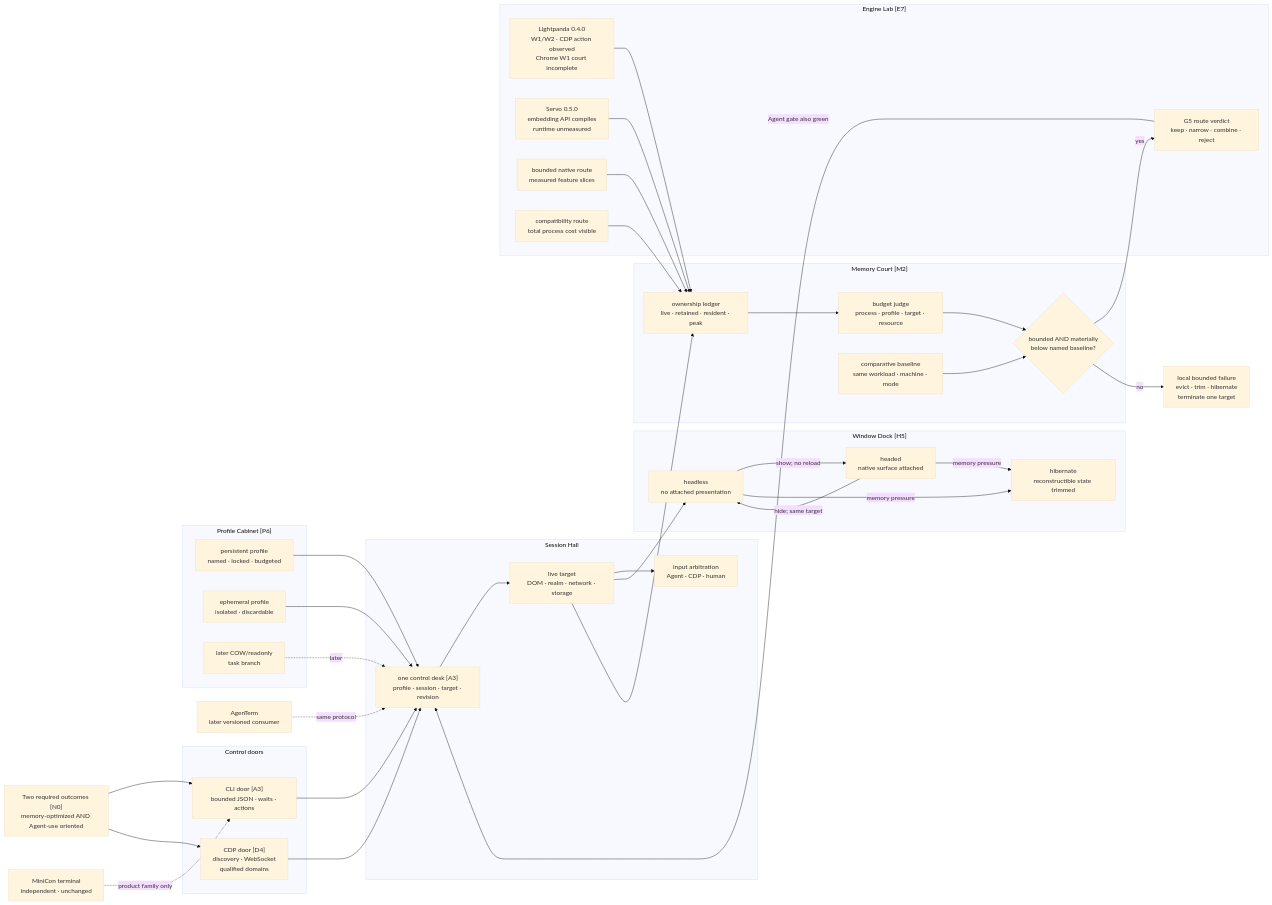
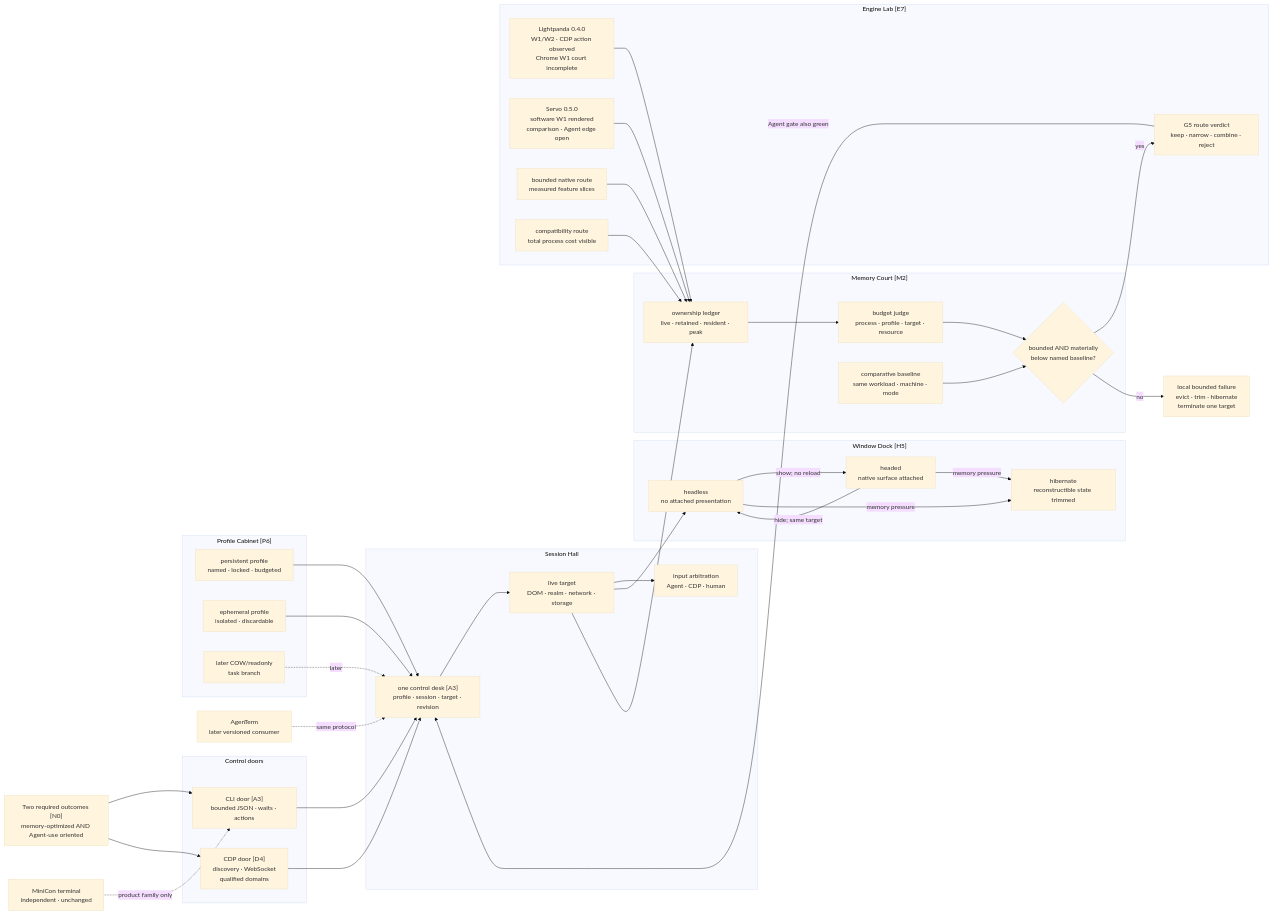
The diagram in plan/plan-0.0.x.md (partnernetsoftware/minicon-surf), drawn with Mermaid (base theme) before and after one commit. The commit also changed other lines of this file and 7 other files, not shown here.

Commit message:
Run Servo software-rendered W1 court

````diff
--- a/plan/plan-0.0.x.md
+++ b/plan/plan-0.0.x.md
@@ -151,64 +151,64 @@
 ```mermaid
 flowchart LR
     U["Two required outcomes [N0]<br/>memory-optimized AND Agent-use oriented"]
 
     subgraph ENTRY["Control doors"]
         CLI["CLI door [A3]<br/>bounded JSON · waits · actions"]
         CDP["CDP door [D4]<br/>discovery · WebSocket<br/>qualified domains"]
     end
 
     subgraph ID["Profile Cabinet [P6]"]
         PP["persistent profile<br/>named · locked · budgeted"]
         EP["ephemeral profile<br/>isolated · discardable"]
         CP["later COW/readonly<br/>task branch"]
     end
 
     subgraph LIVE["Session Hall"]
         CTRL["one control desk [A3]<br/>profile · session · target · revision"]
         PAGE["live target<br/>DOM · realm · network · storage"]
         ARB["input arbitration<br/>Agent · CDP · human"]
     end
 
     subgraph SURF["Window Dock [H5]"]
         OFF["headless<br/>no attached presentation"]
         ON["headed<br/>native surface attached"]
         HIB["hibernate<br/>reconstructible state trimmed"]
     end
 
     subgraph MEM["Memory Court [M2]"]
         BOOK["ownership ledger<br/>live · retained · resident · peak"]
         LIMIT["budget judge<br/>process · profile · target · resource"]
         BASE["comparative baseline<br/>same workload · machine · mode"]
         PRESS{"bounded AND materially<br/>below named baseline?"}
     end
 
     subgraph LAB["Engine Lab [E7]"]
         LP["Lightpanda 0.4.0<br/>W1/W2 · CDP action observed<br/>Chrome W1 court incomplete"]
-        SERVO["Servo 0.5.0<br/>embedding API compiles<br/>runtime unmeasured"]
+        SERVO["Servo 0.5.0<br/>software W1 rendered<br/>comparison · Agent edge open"]
         NATIVE["bounded native route<br/>measured feature slices"]
         COMPAT["compatibility route<br/>total process cost visible"]
         DECIDE["G5 route verdict<br/>keep · narrow · combine · reject"]
     end
 
     AT["AgenTerm<br/>later versioned consumer"]
     MINI["MiniCon terminal<br/>independent · unchanged"]
     FAIL["local bounded failure<br/>evict · trim · hibernate<br/>terminate one target"]
 
     U --> CLI & CDP
     CLI & CDP --> CTRL
     PP & EP --> CTRL
     CP -. later .-> CTRL
     CTRL --> PAGE --> ARB
     PAGE --> OFF
     OFF -->|show; no reload| ON
     ON -->|hide; same target| OFF
     OFF & ON -->|memory pressure| HIB
     PAGE --> BOOK --> LIMIT --> PRESS
     BASE --> PRESS
     LP & SERVO & NATIVE & COMPAT --> BOOK
     PRESS -->|yes| DECIDE
     PRESS -->|no| FAIL
     DECIDE -->|Agent gate also green| CTRL
     AT -. same protocol .-> CTRL
     MINI -. product family only .-> CLI
 ```
````
